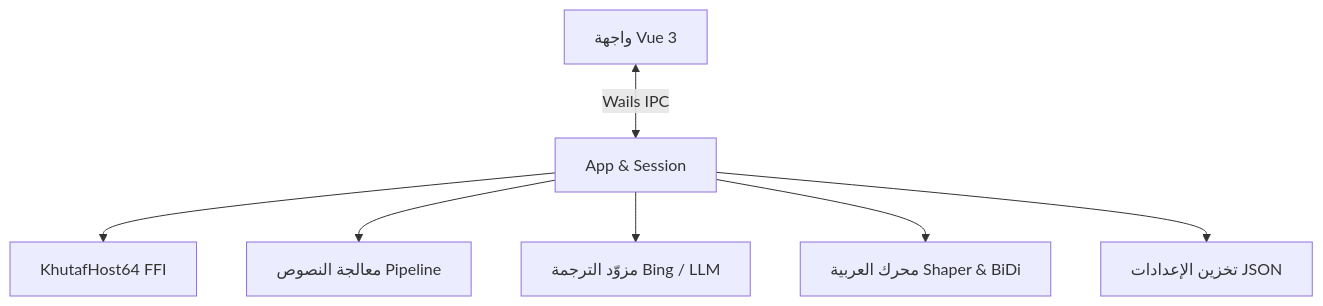
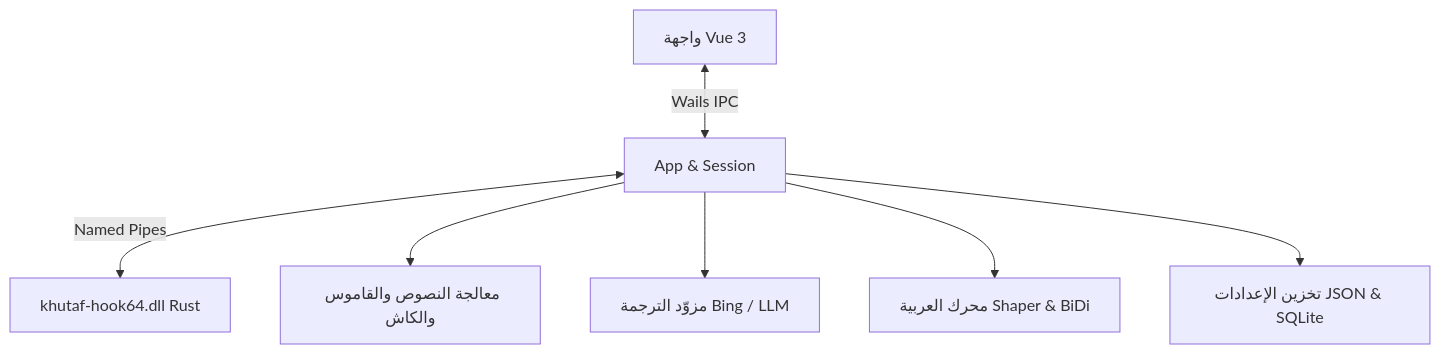
The diagram in README.md (MohammadAboulEla/Khutaf), drawn with Mermaid before and after one commit. The commit also changed other lines of this file and 1 other file, not shown here.

````diff
--- a/README.md
+++ b/README.md
@@ -60,9 +66,9 @@
 ```mermaid
 graph TD
     A[واجهة Vue 3] <-->|Wails IPC| B[App & Session]
-    B --> C[KhutafHost64 FFI]
-    B --> D[معالجة النصوص Pipeline]
+    B <-->|Named Pipes| C[khutaf-hook64.dll Rust]
+    B --> D[معالجة النصوص والقاموس والكاش]
     B --> E[مزوّد الترجمة Bing / LLM]
     B --> F[محرك العربية Shaper & BiDi]
-    B --> G[تخزين الإعدادات JSON]
+    B --> G[تخزين الإعدادات JSON & SQLite]
 ```
````
